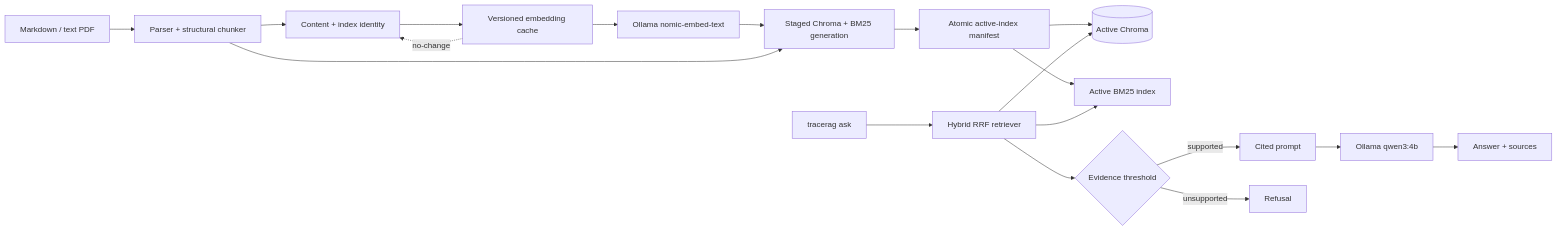
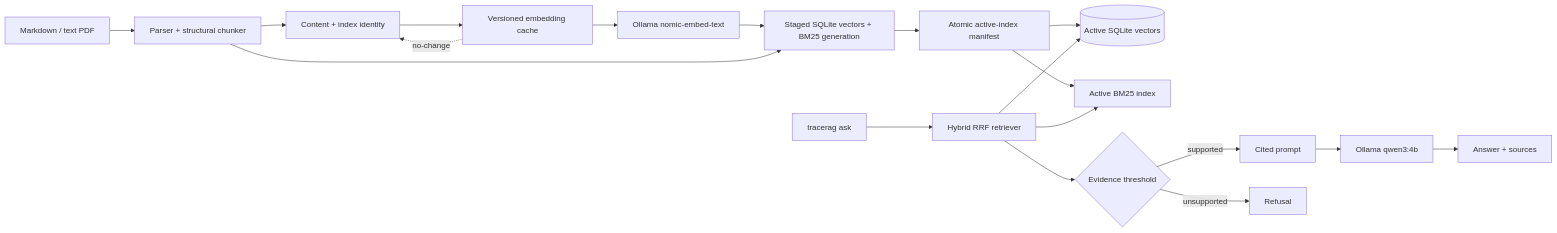
Before and after one commit to Uzbekswe/tracerag: the diagram in README.md, drawn with Mermaid. The commit also changed 18 other files, not shown here.

````diff
--- a/README.md
+++ b/README.md
@@ -86,19 +86,19 @@
 ```mermaid
 flowchart LR
   files["Markdown / text PDF"] --> parse["Parser + structural chunker"]
   parse --> identity["Content + index identity"]
   identity --> cache["Versioned embedding cache"]
   cache --> embed["Ollama nomic-embed-text"]
-  embed --> stage["Staged Chroma + BM25 generation"]
+  embed --> stage["Staged SQLite vectors + BM25 generation"]
   parse --> stage
   stage --> activate["Atomic active-index manifest"]
   question["tracerag ask"] --> retrieve["Hybrid RRF retriever"]
-  activate --> chroma[("Active Chroma")]
+  activate --> vectors[("Active SQLite vectors")]
   activate --> bm25["Active BM25 index"]
-  retrieve --> chroma
+  retrieve --> vectors
   retrieve --> bm25
   retrieve --> gate{"Evidence threshold"}
   gate -->|supported| prompt["Cited prompt"] --> model["Ollama qwen3:4b"] --> answer["Answer + sources"]
   gate -->|unsupported| refusal["Refusal"]
   cache -. no-change .-> identity
 ```
````
